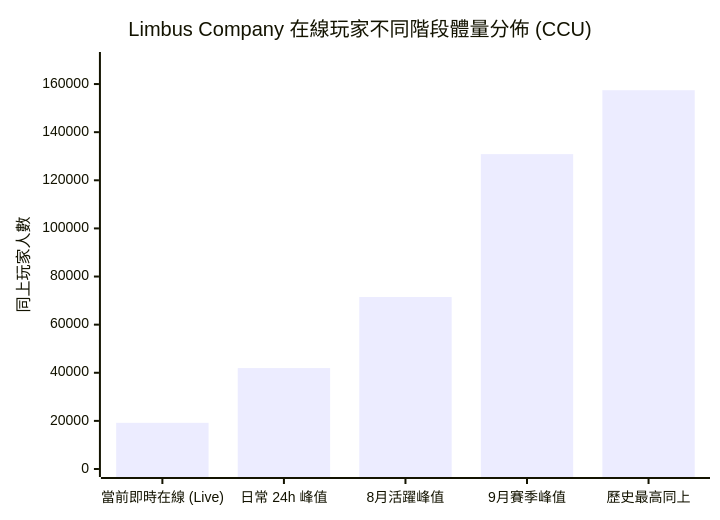
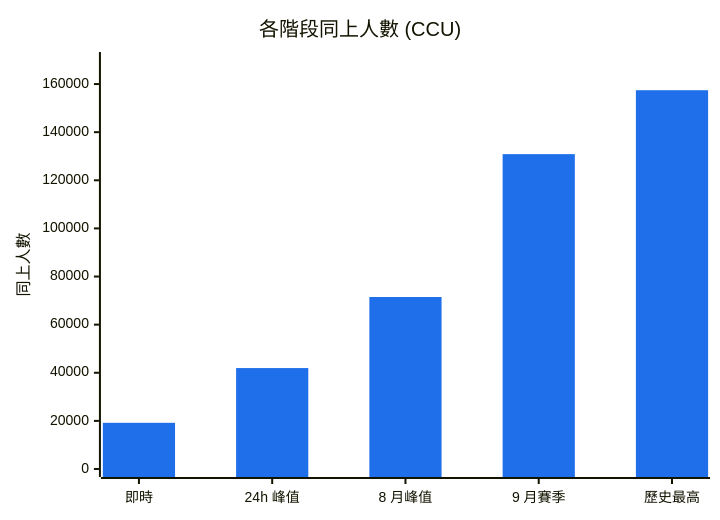
The first of 3 diagrams in README.md (anku0910/LHU-AI-10-22), drawn with Mermaid before and after one commit. The commit also changed other lines of this file, not shown here.

Commit message:
docs: 重寫排版與配色，雷達圖改為標籤排行

````diff
--- a/README.md
+++ b/README.md
@@ -31,7 +32,8 @@
 ```mermaid
+%%{init: {"themeVariables": {"xyChart": {"plotColorPalette": "#1f6feb"}}}}%%
 xychart-beta
-    title "Limbus Company 在線玩家不同階段體量分佈 (CCU)"
-    x-axis ["當前即時在線 (Live)", "日常 24h 峰值", "8月活躍峰值", "9月賽季峰值", "歷史最高同上"]
-    y-axis "同上玩家人數" 0 --> 170000
+    title "各階段同上人數 (CCU)"
+    x-axis ["即時", "24h 峰值", "8 月峰值", "9 月賽季", "歷史最高"]
+    y-axis "同上人數" 0 --> 170000
     bar [19200, 41954, 71489, 130870, 157444]
 ```
````
